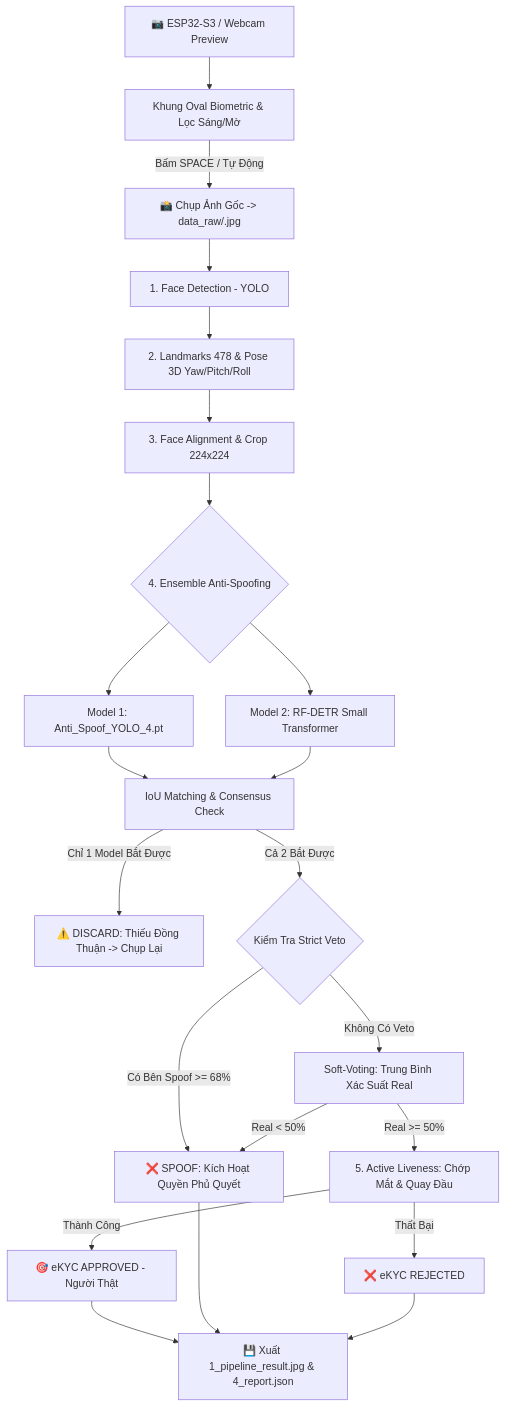
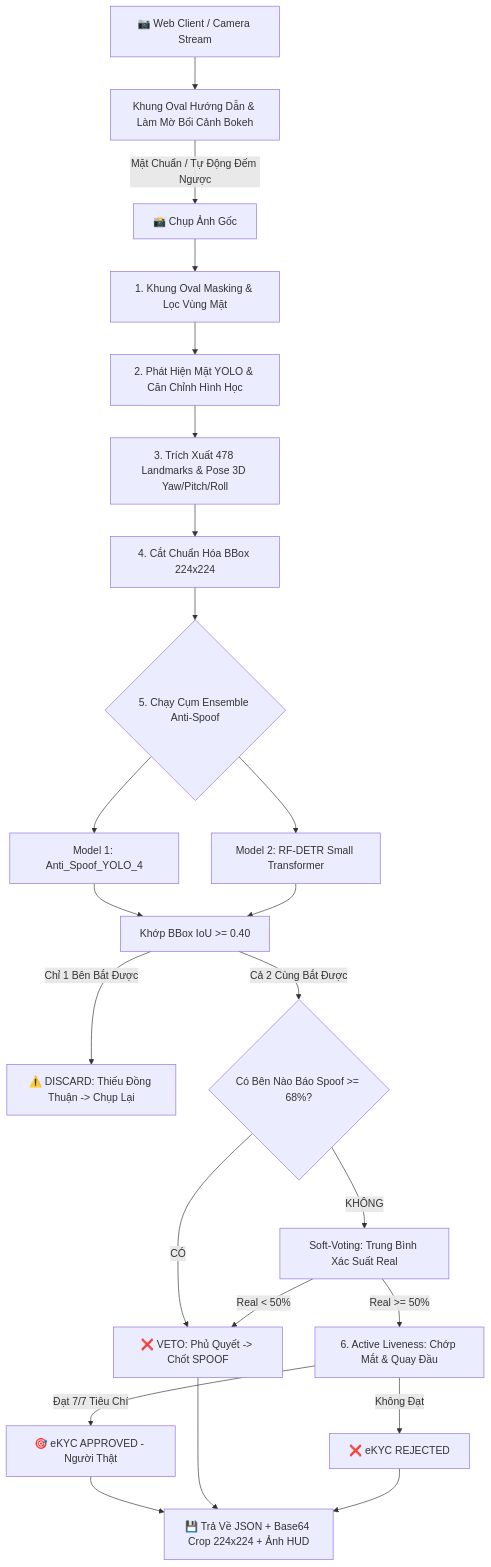
The diagram in README.md (GiantKy/Face_project), drawn with Mermaid before and after one commit. The commit also changed other lines of this file and 5 other files, not shown here.

Commit message:
feat(ekyc): implement oval bokeh background blur, real-time web pipeline, and updated documentation

````diff
--- a/README.md
+++ b/README.md
@@ -88,21 +87,22 @@
 ```mermaid
 flowchart TD
-    A[📷 ESP32-S3 / Webcam Preview] --> B[Khung Oval Biometric & Lọc Sáng/Mờ]
-    B -->|Bấm SPACE / Tự Động| C[📸 Chụp Ảnh Gốc -> data_raw/<id>.jpg]
-    C --> D[1. Face Detection - YOLO]
-    D --> E[2. Landmarks 478 & Pose 3D Yaw/Pitch/Roll]
-    E --> F[3. Face Alignment & Crop 224x224]
-    F --> G{4. Ensemble Anti-Spoofing}
-    G --> G1[Model 1: Anti_Spoof_YOLO_4.pt]
-    G --> G2[Model 2: RF-DETR Small Transformer]
-    G1 & G2 --> H[IoU Matching & Consensus Check]
-    H -->|Chỉ 1 Model Bắt Được| X1[⚠️ DISCARD: Thiếu Đồng Thuận -> Chụp Lại]
-    H -->|Cả 2 Bắt Được| I{Kiểm Tra Strict Veto}
-    I -->|Có Bên Spoof >= 68%| X2[❌ SPOOF: Kích Hoạt Quyền Phủ Quyết]
-    I -->|Không Có Veto| J[Soft-Voting: Trung Bình Xác Suất Real]
-    J -->|Real >= 50%| K[5. Active Liveness: Chớp Mắt & Quay Đầu]
-    J -->|Real < 50%| X2
-    K -->|Thành Công| L[🎯 eKYC APPROVED - Người Thật]
-    K -->|Thất Bại| X3[❌ eKYC REJECTED]
-    L & X2 & X3 --> M[💾 Xuất 1_pipeline_result.jpg & 4_report.json]
+    A[📷 Web Client / Camera Stream] --> B[Khung Oval Hướng Dẫn & Làm Mờ Bối Cảnh Bokeh]
+    B -->|Mặt Chuẩn / Tự Động Đếm Ngược| C[📸 Chụp Ảnh Gốc]
+    C --> D[1. Khung Oval Masking & Lọc Vùng Mặt]
+    D --> E[2. Phát Hiện Mặt YOLO & Căn Chỉnh Hình Học]
+    E --> F[3. Trích Xuất 478 Landmarks & Pose 3D Yaw/Pitch/Roll]
+    F --> G[4. Cắt Chuẩn Hóa BBox 224x224]
+    G --> H{5. Chạy Cụm Ensemble Anti-Spoof}
+    H --> H1[Model 1: Anti_Spoof_YOLO_4]
+    H --> H2[Model 2: RF-DETR Small Transformer]
+    H1 & H2 --> I[Khớp BBox IoU >= 0.40]
+    I -->|Chỉ 1 Bên Bắt Được| J1[⚠️ DISCARD: Thiếu Đồng Thuận -> Chụp Lại]
+    I -->|Cả 2 Cùng Bắt Được| J2{Có Bên Nào Báo Spoof >= 68%?}
+    J2 -->|CÓ| K1[❌ VETO: Phủ Quyết -> Chốt SPOOF]
+    J2 -->|KHÔNG| K2[Soft-Voting: Trung Bình Xác Suất Real]
+    K2 -->|Real >= 50%| L[6. Active Liveness: Chớp Mắt & Quay Đầu]
+    K2 -->|Real < 50%| K1
+    L -->|Đạt 7/7 Tiêu Chí| M[🎯 eKYC APPROVED - Người Thật]
+    L -->|Không Đạt| N[❌ eKYC REJECTED]
+    M & K1 & N --> O[💾 Trả Về JSON + Base64 Crop 224x224 + Ảnh HUD]
 ```
````
